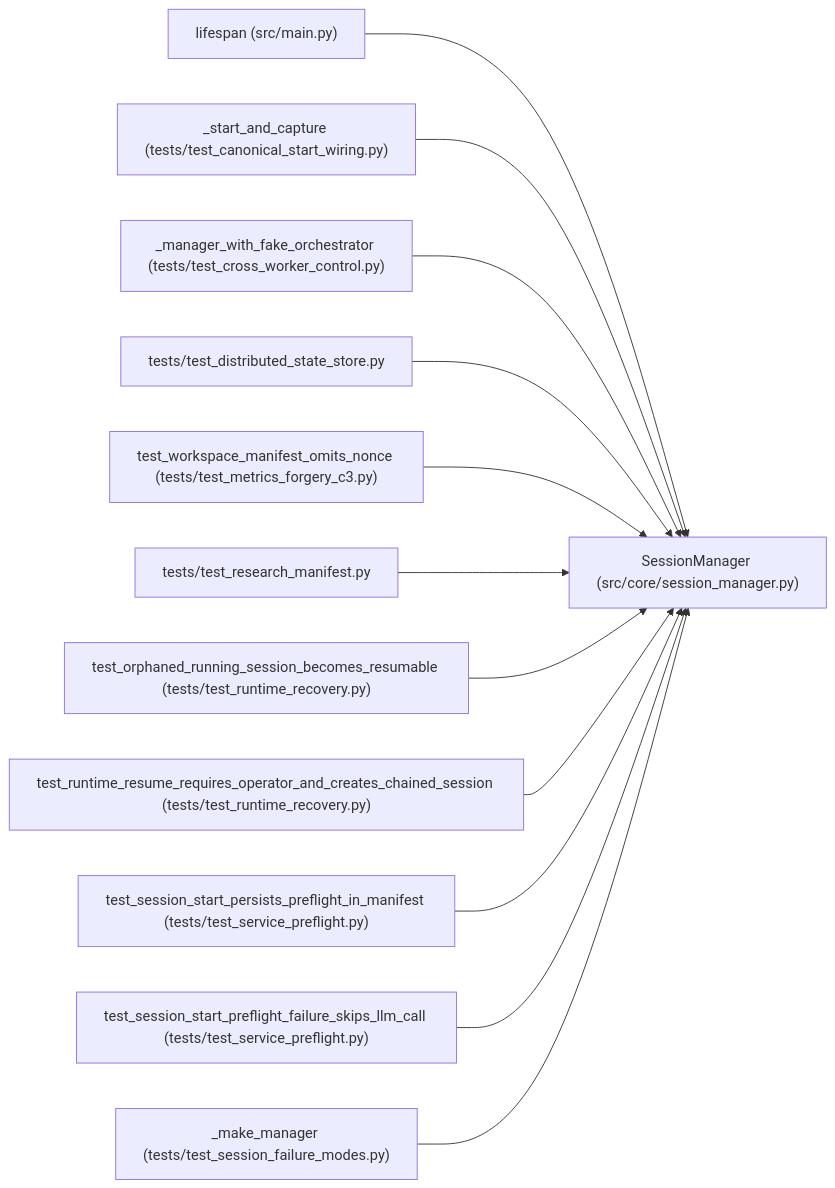
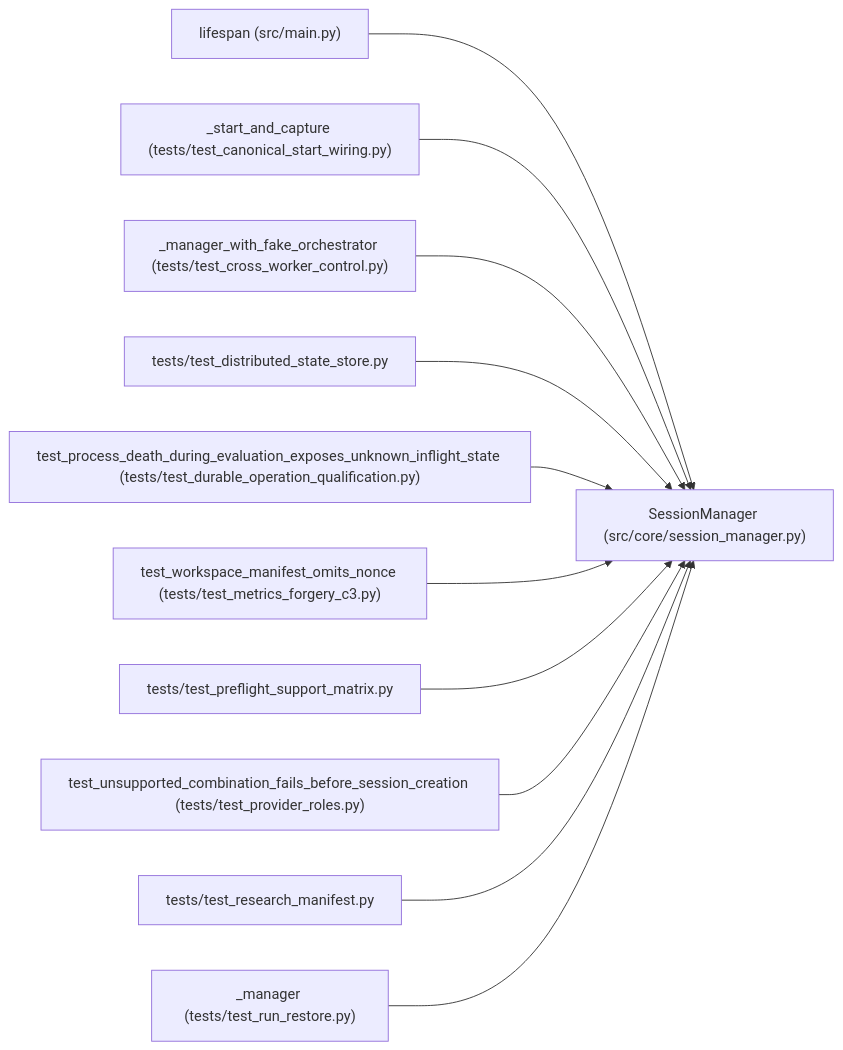
One commit to Denissvgn/autoresearch-agent changed the diagram in docs/llm_wiki/entities/SessionManager.md. Above: the diagram before and after it, drawn with Mermaid. The commit also changed other lines of this file and 1033 other files, not shown here.

````diff
--- a/docs/llm_wiki/entities/SessionManager.md
+++ b/docs/llm_wiki/entities/SessionManager.md
@@ -51,38 +68,35 @@
 ```mermaid
 flowchart LR
     n0["SessionManager (src/core/session_manager.py)"]
     n1["lifespan (src/main.py)"]
     n2["_start_and_capture (tests/test_canonical_start_wiring.py)"]
     n3["_manager_with_fake_orchestrator (tests/test_cross_worker_control.py)"]
     n4["tests/test_distributed_state_store.py"]
-    n5["test_workspace_manifest_omits_nonce (tests/test_metrics_forgery_c3.py)"]
-    n6["tests/test_research_manifest.py"]
-    n7["test_orphaned_running_session_becomes_resumable (tests/test_runtime_recovery.py)"]
-    n8["test_runtime_resume_requires_operator_and_creates_chained_session (tests/test_runtime_recovery.py)"]
-    n9["test_session_start_persists_preflight_in_manifest (tests/test_service_preflight.py)"]
-    n10["test_session_start_preflight_failure_skips_llm_call (tests/test_service_preflight.py)"]
-    n11["_make_manager (tests/test_session_failure_modes.py)"]
+    n5["test_process_death_during_evaluation_exposes_unknown_inflight_state (tests/test_durable_operation_qualification.py)"]
+    n6["test_workspace_manifest_omits_nonce (tests/test_metrics_forgery_c3.py)"]
+    n7["tests/test_preflight_support_matrix.py"]
+    n8["test_unsupported_combination_fails_before_session_creation (tests/test_provider_roles.py)"]
+    n9["tests/test_research_manifest.py"]
+    n10["_manager (tests/test_run_restore.py)"]
     n1 --> n0
     n2 --> n0
     n3 --> n0
     n4 --> n0
     n5 --> n0
     n6 --> n0
     n7 --> n0
     n8 --> n0
     n9 --> n0
     n10 --> n0
-    n11 --> n0
     click n0 "../modules/session_manager.md"
     click n1 "../modules/src_main.md"
     click n2 "../modules/test_canonical_start_wiring.md"
     click n3 "../modules/test_cross_worker_control.md"
     click n4 "../modules/test_distributed_state_store.md"
-    click n5 "../modules/test_metrics_forgery_c3.md"
-    click n6 "../modules/test_research_manifest.md"
-    click n7 "../modules/test_runtime_recovery.md"
-    click n8 "../modules/test_runtime_recovery.md"
-    click n9 "../modules/test_service_preflight.md"
-    click n10 "../modules/test_service_preflight.md"
-    click n11 "../modules/test_session_failure_modes.md"
+    click n5 "../modules/test_durable_operation_qualification.md"
+    click n6 "../modules/test_metrics_forgery_c3.md"
+    click n7 "../modules/test_preflight_support_matrix.md"
+    click n8 "../modules/test_provider_roles.md"
+    click n9 "../modules/test_research_manifest.md"
+    click n10 "../modules/test_run_restore.md"
 ```
````
